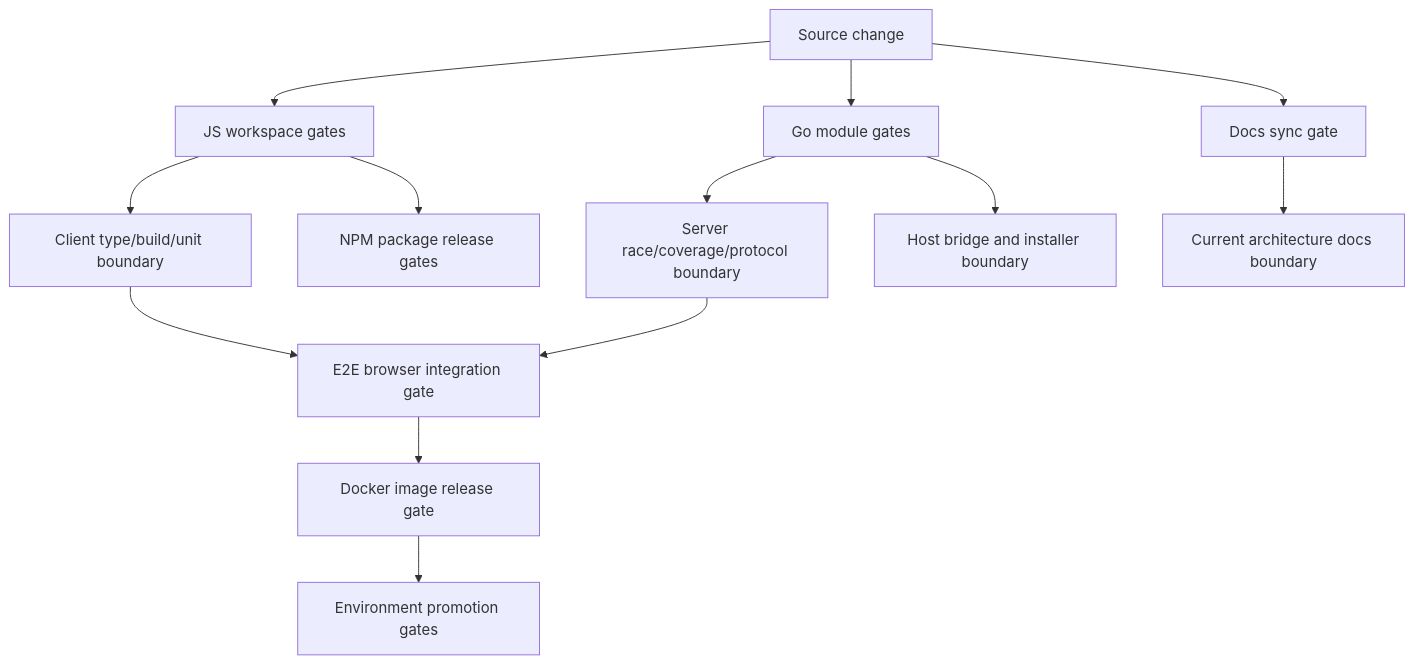
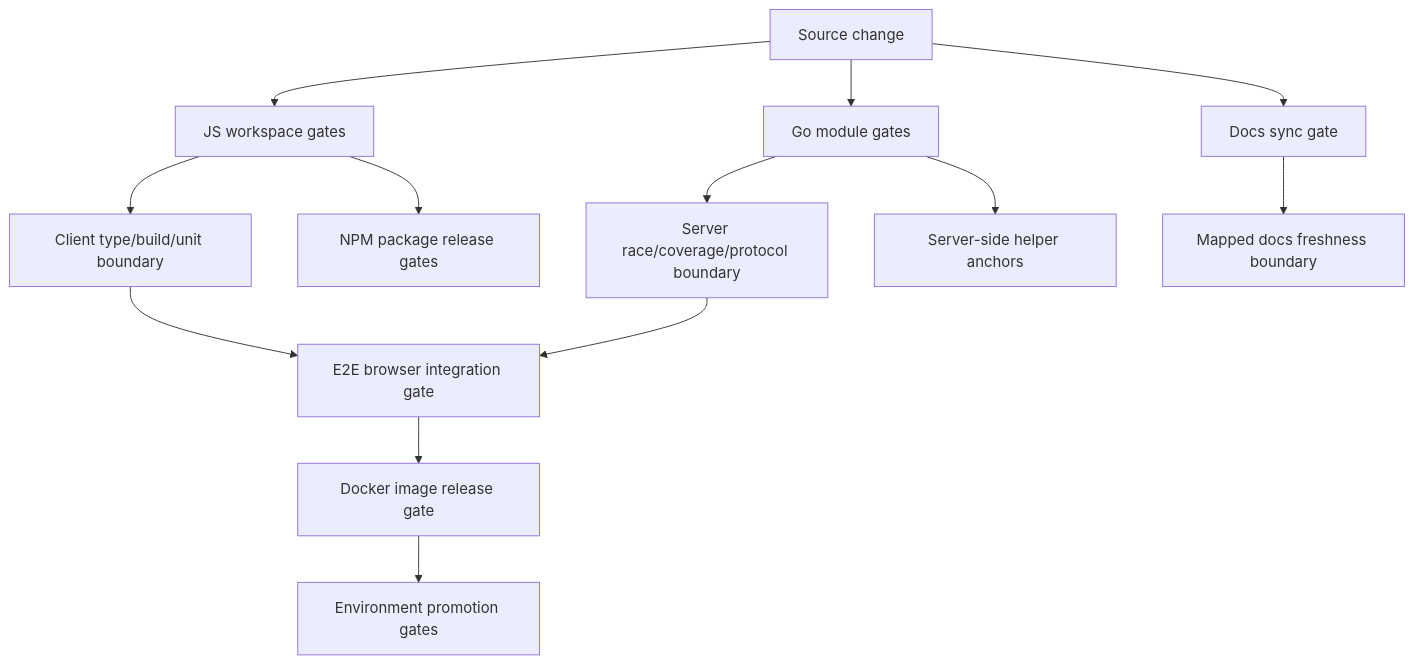
The first of 2 diagrams in docs/current/e2e/README.md (codetreker/borgee), drawn with Mermaid before and after one commit. The commit also changed other lines of this file, not shown here.

````diff
--- a/docs/current/e2e/README.md
+++ b/docs/current/e2e/README.md
@@ -7,20 +7,20 @@
 ```mermaid
 flowchart TB
   change[Source change]
 
   change --> js[JS workspace gates]
   change --> go[Go module gates]
   change --> docs[Docs sync gate]
 
   js --> client[Client type/build/unit boundary]
   go --> server[Server race/coverage/protocol boundary]
-  go --> host[Host bridge and installer boundary]
-  docs --> current[Current architecture docs boundary]
+  go --> host[Server-side helper anchors]
+  docs --> current[Mapped docs freshness boundary]
 
   client --> e2e[E2E browser integration gate]
   server --> e2e
   e2e --> docker[Docker image release gate]
   docker --> deploy[Environment promotion gates]
 
   js --> npm[NPM package release gates]
 ```
````
